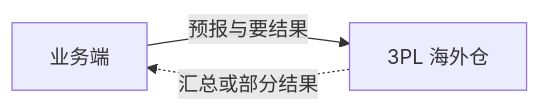
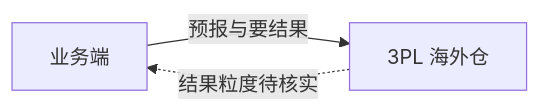
The first of 2 diagrams in 03-需求调研和分析/06-系统集成与对接/系统集成与对接需求调研.md (TopVitamin/QS-WMS-Project), drawn with Mermaid before and after one commit. The commit also changed other lines of this file and 82 other files, not shown here.

````diff
--- a/03-需求调研和分析/06-系统集成与对接/系统集成与对接需求调研.md
+++ b/03-需求调研和分析/06-系统集成与对接/系统集成与对接需求调研.md
@@ -54,5 +56,5 @@
 ```mermaid
 flowchart LR
     B[业务端] -->|预报与要结果| P[3PL 海外仓]
-    P -.->|汇总或部分结果| B
+    P -.->|结果粒度待核实| B
 ```
````
